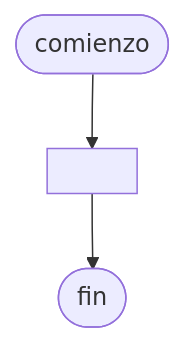
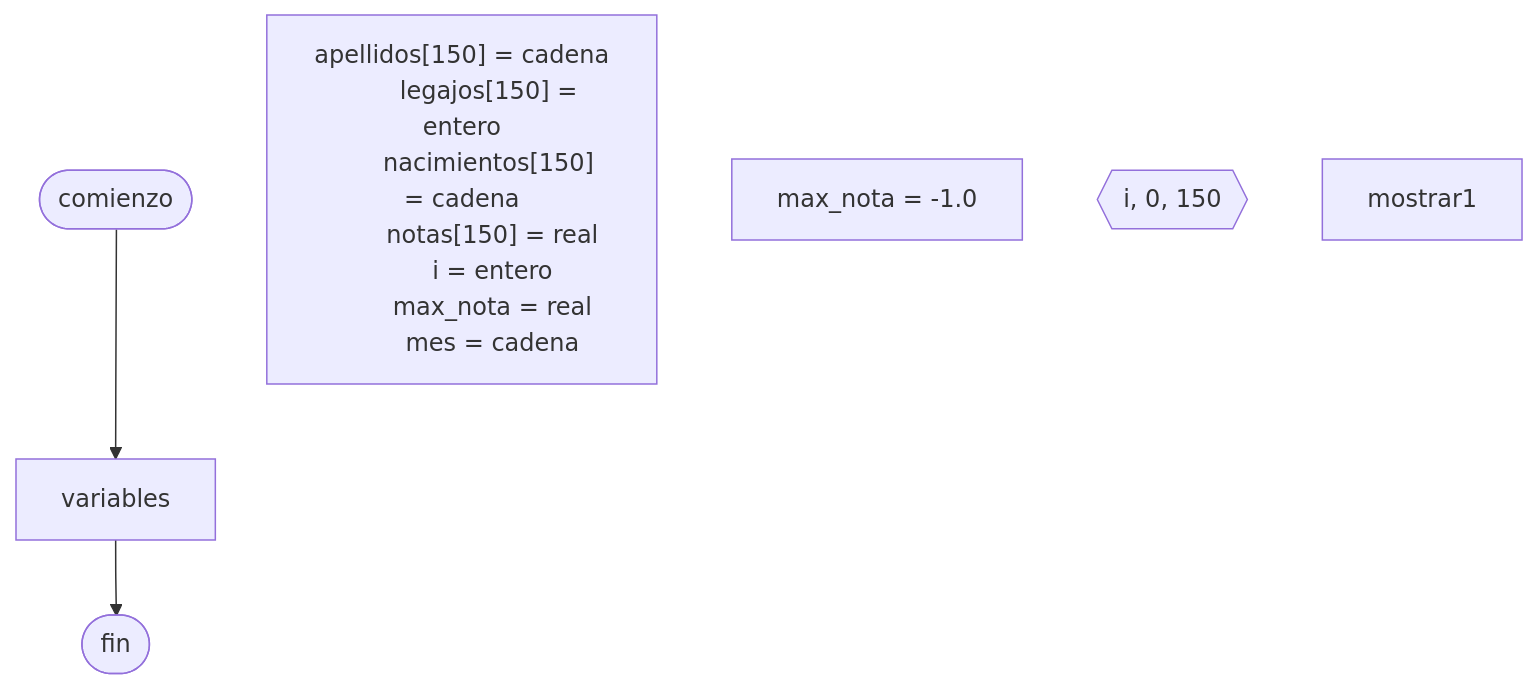
One commit to martinstanicio/ingenieria-en-sistemas changed the diagram in Algoritmos y Estructuras de Datos/Actividades/20240909 - Alumnos.md. Above: the diagram before and after it, drawn with Mermaid. The commit also changed other lines of this file and 2 other files, not shown here.

Commit message:
vault backup: 2024-09-09 17:01:24

````diff
--- a/Algoritmos y Estructuras de Datos/Actividades/20240909 - Alumnos.md
+++ b/Algoritmos y Estructuras de Datos/Actividades/20240909 - Alumnos.md
@@ -16,11 +18,20 @@
 ```mermaid
 flowchart TB
 	comienzo([comienzo])
     
-	variables["`
-	`"]
+	variables1["`apellidos[150] = cadena
+	legajos[150] = entero
+	nacimientos[150] = cadena
+	notas[150] = real
+	i = entero
+	max_nota = real
+	mes = cadena`"]
+	inicializar1["max_nota = -1.0"]
+	
+	for1{{"i, 0, 150"}}
+	mostrar1
     
     fin([fin])
     
 	comienzo --> variables --> fin
 ```
````
